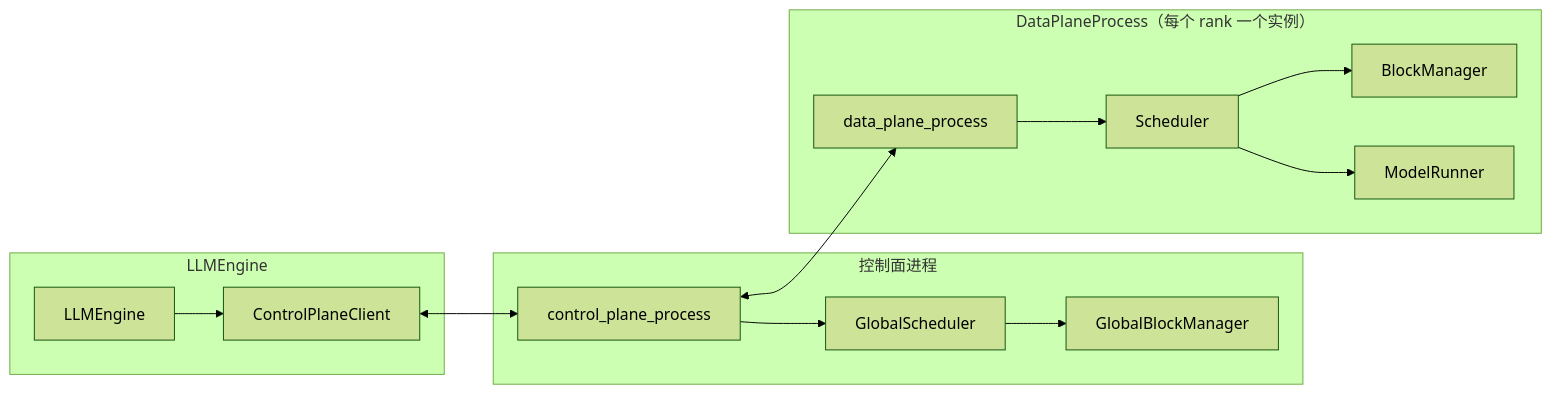
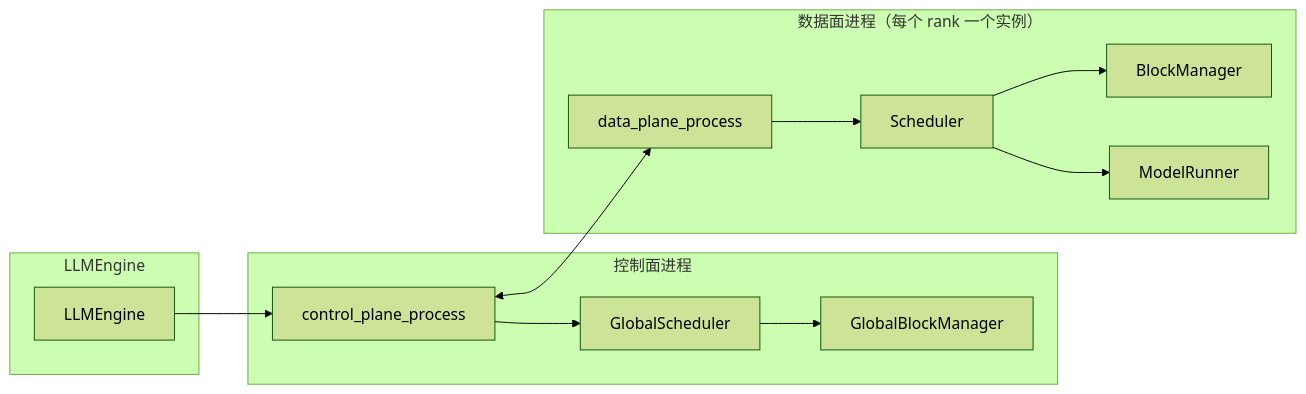
One commit to 0x0addc001/LMPool changed the second of 3 diagrams in notes/Note_zh.md. Above: the diagram before and after it, drawn with Mermaid (forest theme). The commit also changed 4 other files, not shown here.

````diff
--- a/notes/Note_zh.md
+++ b/notes/Note_zh.md
@@ -49,29 +49,27 @@
 ```mermaid
 flowchart LR
     subgraph Launcher["LLMEngine"]
         LE[LLMEngine]
-        CPC[ControlPlaneClient]
     end
 
     subgraph Control["控制面进程"]
         CP[control_plane_process]
         GS[GlobalScheduler]
         GBM[GlobalBlockManager]
     end
 
-    subgraph Worker["DataPlaneProcess（每个 rank 一个实例）"]
+    subgraph Worker["数据面进程（每个 rank 一个实例）"]
         DP[data_plane_process]
         S[Scheduler]
         BM[BlockManager]
         MR[ModelRunner]
     end
 
-    LE --> CPC
-    CPC <--> CP
+    LE --> CP
     CP --> GS
     GS --> GBM
     DP --> S
     S --> BM
     S --> MR
     CP <--> DP
 ```
````
